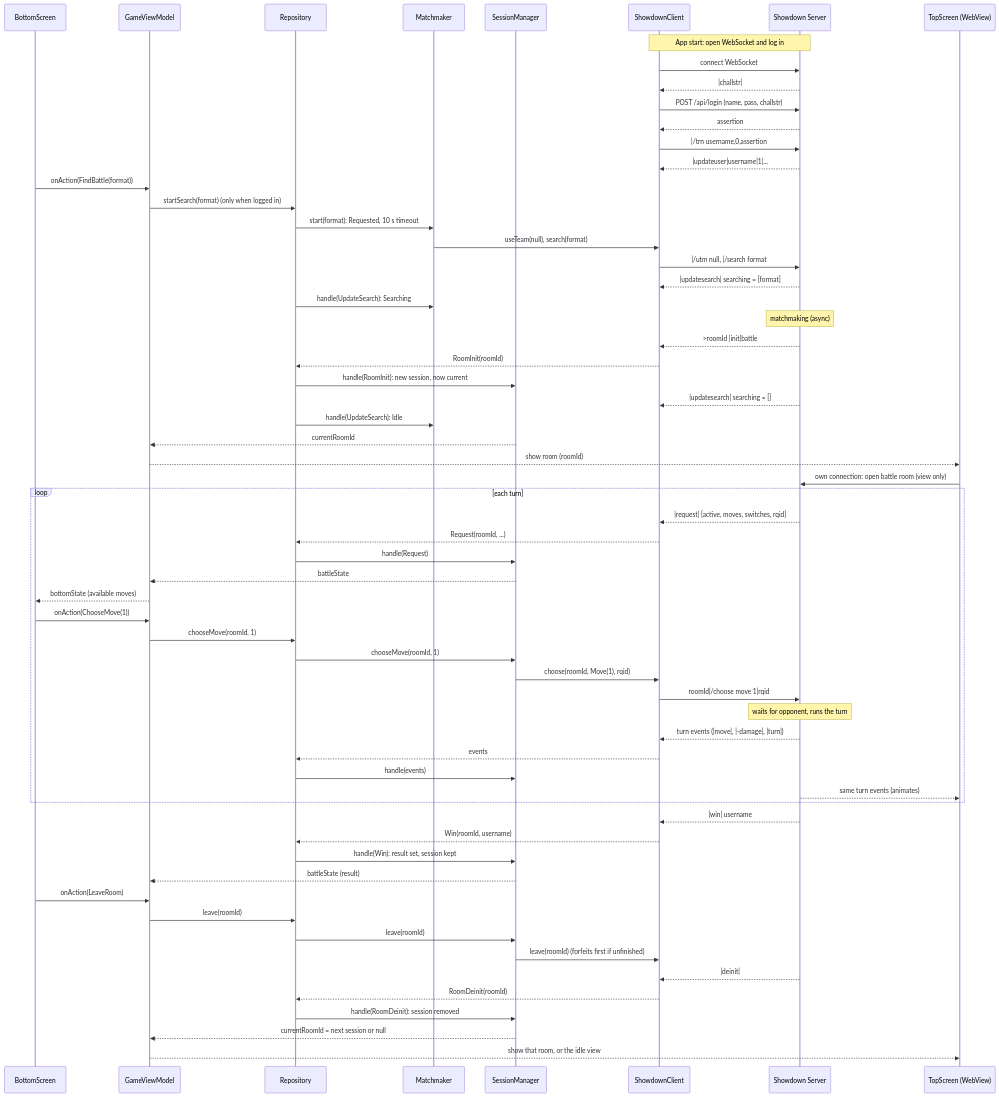
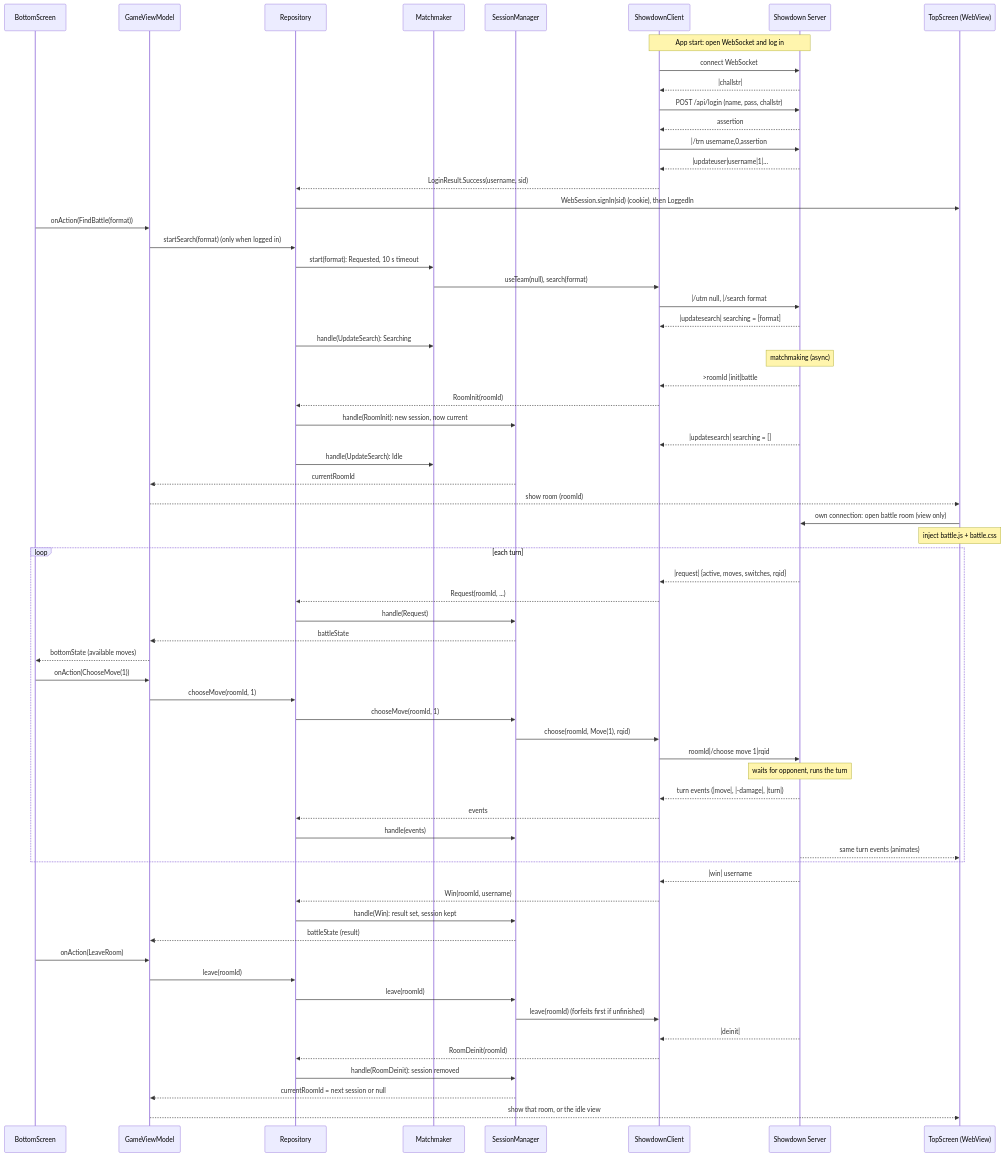
One commit to jaydenfont/ThorShowdown changed the second of 2 diagrams in context/design/architecture.md. Above: the diagram before and after it, drawn with Mermaid. The commit also changed other lines of this file and 23 other files, not shown here.

First line of the commit message:
Show the current battle in a view-only WebView on the top screen (#4)

````diff
--- a/context/design/architecture.md
+++ b/context/design/architecture.md
@@ -70,68 +74,71 @@
 ```mermaid
 sequenceDiagram
     participant B as BottomScreen
     participant VM as GameViewModel
     participant R as Repository
     participant MM as Matchmaker
     participant SM as SessionManager
     participant C as ShowdownClient
     participant S as Showdown Server
     participant W as TopScreen (WebView)
 
     Note over C,S: App start: open WebSocket and log in
     C->>S: connect WebSocket
     S-->>C: |challstr|
     C->>S: POST /api/login (name, pass, challstr)
     S-->>C: assertion
     C->>S: |/trn username,0,assertion
     S-->>C: |updateuser|username|1|...
+    C-->>R: LoginResult.Success(username, sid)
+    R->>W: WebSession.signIn(sid) (cookie), then LoggedIn
 
     B->>VM: onAction(FindBattle(format))
     VM->>R: startSearch(format) (only when logged in)
     R->>MM: start(format): Requested, 10 s timeout
     MM->>C: useTeam(null), search(format)
     C->>S: |/utm null, |/search format
     S-->>C: |updatesearch| searching = [format]
     R->>MM: handle(UpdateSearch): Searching
     Note over S: matchmaking (async)
     S-->>C: >roomId |init|battle
     C-->>R: RoomInit(roomId)
     R->>SM: handle(RoomInit): new session, now current
     S-->>C: |updatesearch| searching = []
     R->>MM: handle(UpdateSearch): Idle
     SM-->>VM: currentRoomId
     VM-->>W: show room (roomId)
     W->>S: own connection: open battle room (view only)
+    Note over W: inject battle.js + battle.css
 
     loop each turn
         S-->>C: |request| {active, moves, switches, rqid}
         C-->>R: Request(roomId, ...)
         R->>SM: handle(Request)
         SM-->>VM: battleState
         VM-->>B: bottomState (available moves)
         B->>VM: onAction(ChooseMove(1))
         VM->>R: chooseMove(roomId, 1)
         R->>SM: chooseMove(roomId, 1)
         SM->>C: choose(roomId, Move(1), rqid)
         C->>S: roomId|/choose move 1|rqid
         Note over S: waits for opponent, runs the turn
         S-->>C: turn events (|move|, |-damage|, |turn|)
         C-->>R: events
         R->>SM: handle(events)
         S-->>W: same turn events (animates)
     end
 
     S-->>C: |win| username
     C-->>R: Win(roomId, username)
     R->>SM: handle(Win): result set, session kept
     SM-->>VM: battleState (result)
     B->>VM: onAction(LeaveRoom)
     VM->>R: leave(roomId)
     R->>SM: leave(roomId)
     SM->>C: leave(roomId) (forfeits first if unfinished)
     S-->>C: |deinit|
     C-->>R: RoomDeinit(roomId)
     R->>SM: handle(RoomDeinit): session removed
     SM-->>VM: currentRoomId = next session or null
     VM-->>W: show that room, or the idle view
 ```
````
